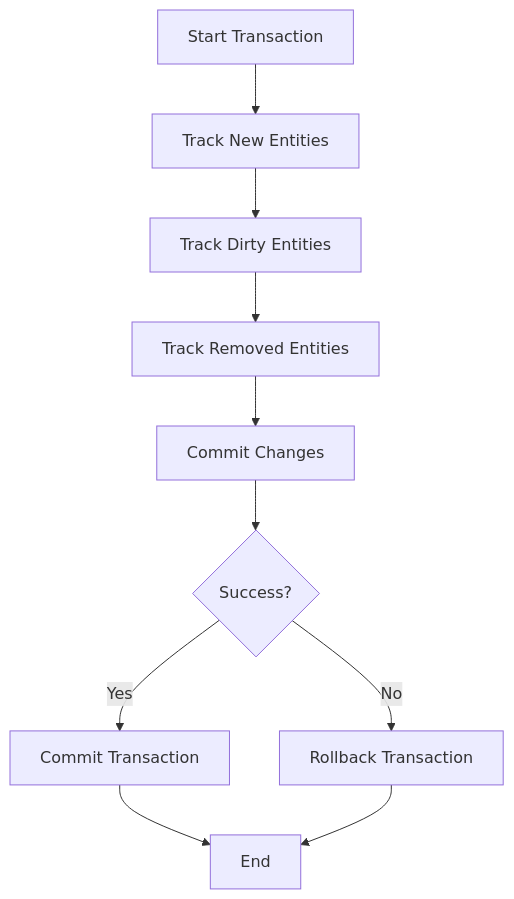
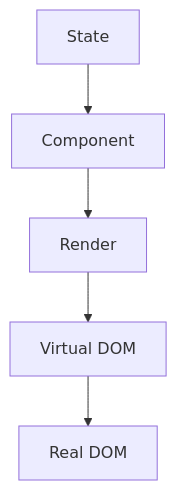
The third of 3 diagrams in content/patterns-js/15/4/index.md (MasteryEducation/SoftwarePatternsLexicon.com), drawn with Mermaid before and after one commit. The commit also changed other lines of this file and 570 other files, not shown here.

````diff
--- a/content/patterns-js/15/4/index.md
+++ b/content/patterns-js/15/4/index.md
@@ -157,12 +180,7 @@
 ```mermaid
 graph TD;
-    A[Start Transaction] --> B[Track New Entities];
-    B --> C[Track Dirty Entities];
-    C --> D[Track Removed Entities];
-    D --> E[Commit Changes];
-    E --> F{Success?};
-    F -->|Yes| G[Commit Transaction];
-    F -->|No| H[Rollback Transaction];
-    G --> I[End];
-    H --> I[End];
+    A[State] --> B[Component];
+    B --> C[Render];
+    C --> D[Virtual DOM];
+    D --> E[Real DOM];
 ```
````
